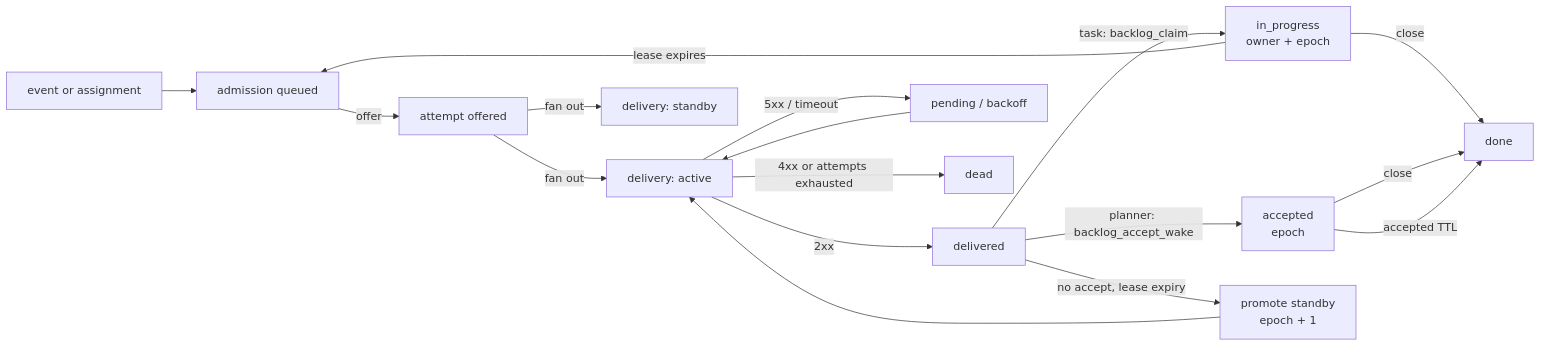
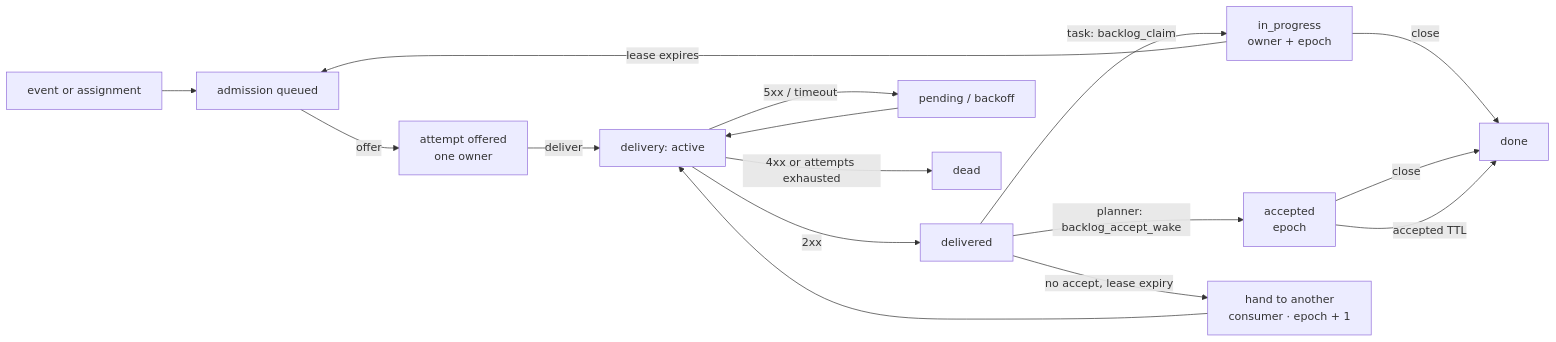
The second of 2 diagrams in docs/webhooks.md (igorjpimenta/winch), drawn with Mermaid before and after one commit. The commit also changed other lines of this file and 7 other files, not shown here.

First line of the commit message:
feat(webhook): deliver a wake only to the attempt owner

````diff
--- a/docs/webhooks.md
+++ b/docs/webhooks.md
@@ -253,18 +252,17 @@
 ```mermaid
 flowchart LR
   E[event or assignment] --> Q[admission queued]
-  Q -->|offer| O[attempt offered]
-  O -->|fan out| A[delivery: active]
-  O -->|fan out| S[delivery: standby]
+  Q -->|offer| O[attempt offered<br/>one owner]
+  O -->|deliver| A[delivery: active]
   A -->|2xx| AD[delivered]
   A -->|5xx / timeout| AR[pending / backoff] --> A
   A -->|4xx or attempts exhausted| AX[dead]
   AD -->|task: backlog_claim| T[in_progress<br/>owner + epoch]
   AD -->|planner: backlog_accept_wake| P[accepted<br/>epoch]
-  AD -->|no accept, lease expiry| PR[promote standby<br/>epoch + 1]
+  AD -->|no accept, lease expiry| PR[hand to another<br/>consumer · epoch + 1]
   PR --> A
   T -->|close| D[done]
   P -->|close| D
   T -->|lease expires| Q
   P -->|accepted TTL| D
 ```
````
